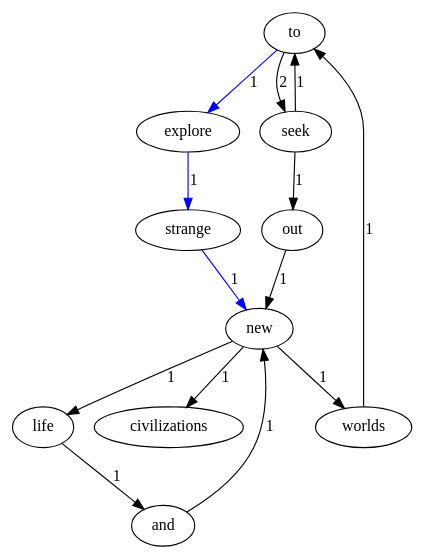
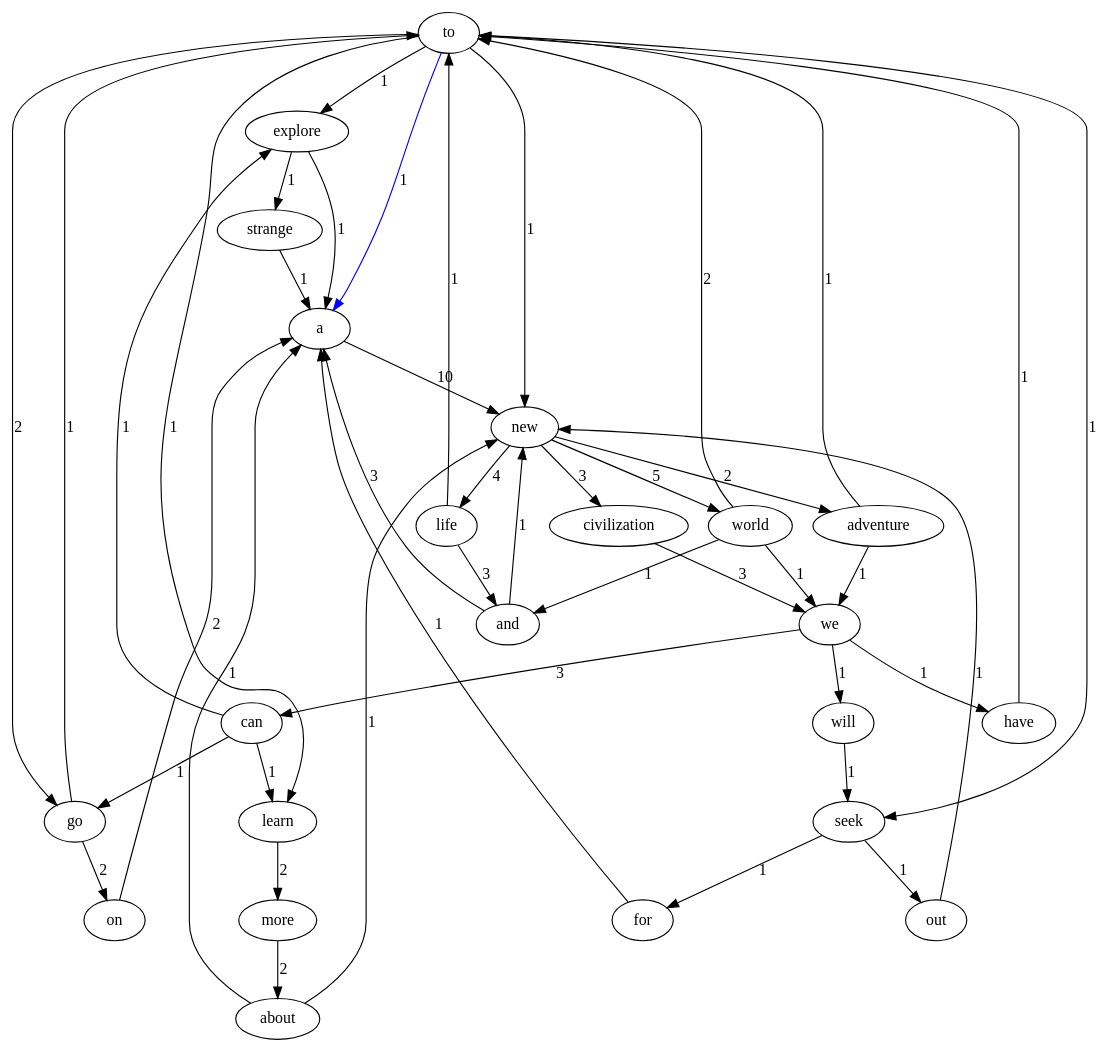
The diagram in bin/file/normal/Graph.dot (uprightderran/myGUI4lab1), drawn with Graphviz before and after one commit. The commit also changed 38 other files, not shown here.

```diff
--- a/bin/file/normal/Graph.dot
+++ b/bin/file/normal/Graph.dot
@@ -1,25 +1,67 @@
 digraph TextGraph {
 to;
 explore;
 strange;
+a;
 new;
-worlds;
+world;
+and;
+life;
+civilization;
+we;
+can;
+go;
+on;
+adventure;
 seek;
 out;
-life;
-and;
-civilizations;
-to -> explore [label = 1, color = blue];
-explore -> strange [label = 1, color = blue];
-strange -> new [label = 1, color = blue];
-new -> worlds [label = 1];
-worlds -> to [label = 1];
-new -> life [label = 1];
-life -> and [label = 1];
+learn;
+more;
+about;
+have;
+will;
+for;
+to -> explore [label = 1];
+explore -> strange [label = 1];
+strange -> a [label = 1];
+a -> new [label = 10];
+new -> world [label = 5];
+world -> and [label = 1];
+and -> a [label = 3];
 and -> new [label = 1];
-new -> civilizations [label = 1];
-to -> seek [label = 2];
-seek -> to [label = 1];
+world -> to [label = 2];
+world -> we [label = 1];
+we -> can [label = 3];
+can -> go [label = 1];
+go -> on [label = 2];
+on -> a [label = 2];
+go -> to [label = 1];
+can -> learn [label = 1];
+learn -> more [label = 2];
+more -> about [label = 2];
+about -> a [label = 1];
+about -> new [label = 1];
+can -> explore [label = 1];
+we -> have [label = 1];
+have -> to [label = 1];
+we -> will [label = 1];
+will -> seek [label = 1];
 seek -> out [label = 1];
 out -> new [label = 1];
+seek -> for [label = 1];
+for -> a [label = 1];
+new -> life [label = 4];
+life -> and [label = 3];
+life -> to [label = 1];
+new -> civilization [label = 3];
+civilization -> we [label = 3];
+new -> adventure [label = 2];
+adventure -> to [label = 1];
+adventure -> we [label = 1];
+explore -> a [label = 1];
+to -> seek [label = 1];
+to -> go [label = 2];
+to -> a [label = 1, color = blue];
+to -> learn [label = 1];
+to -> new [label = 1];
 }
```
